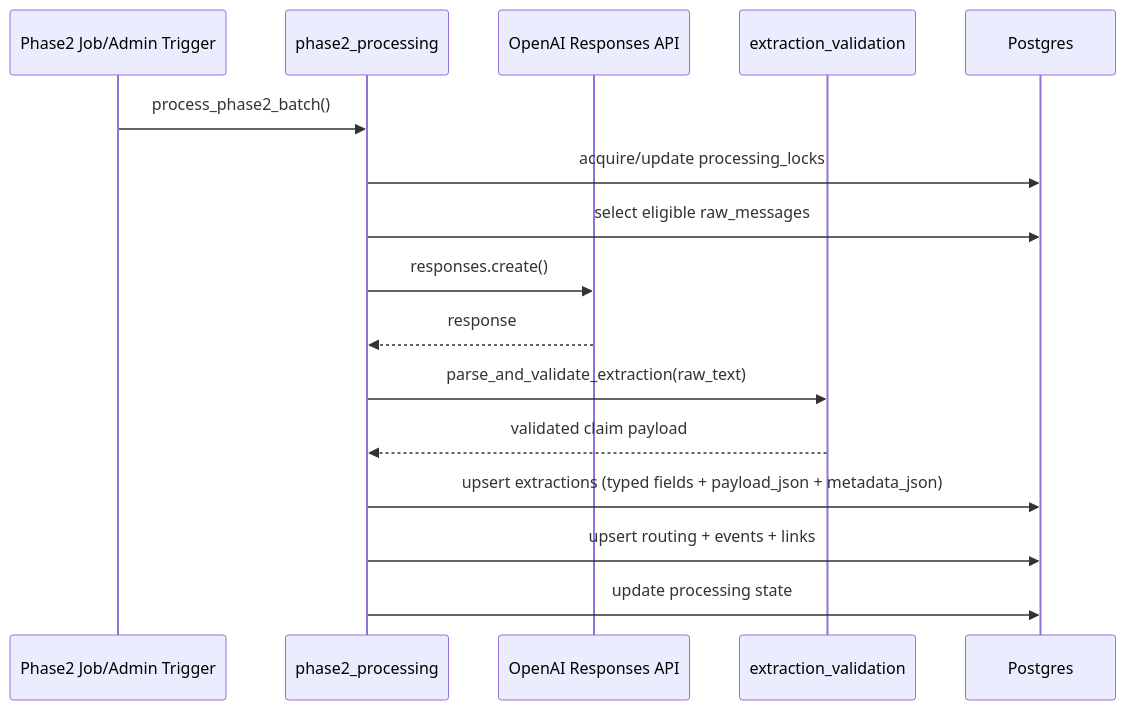
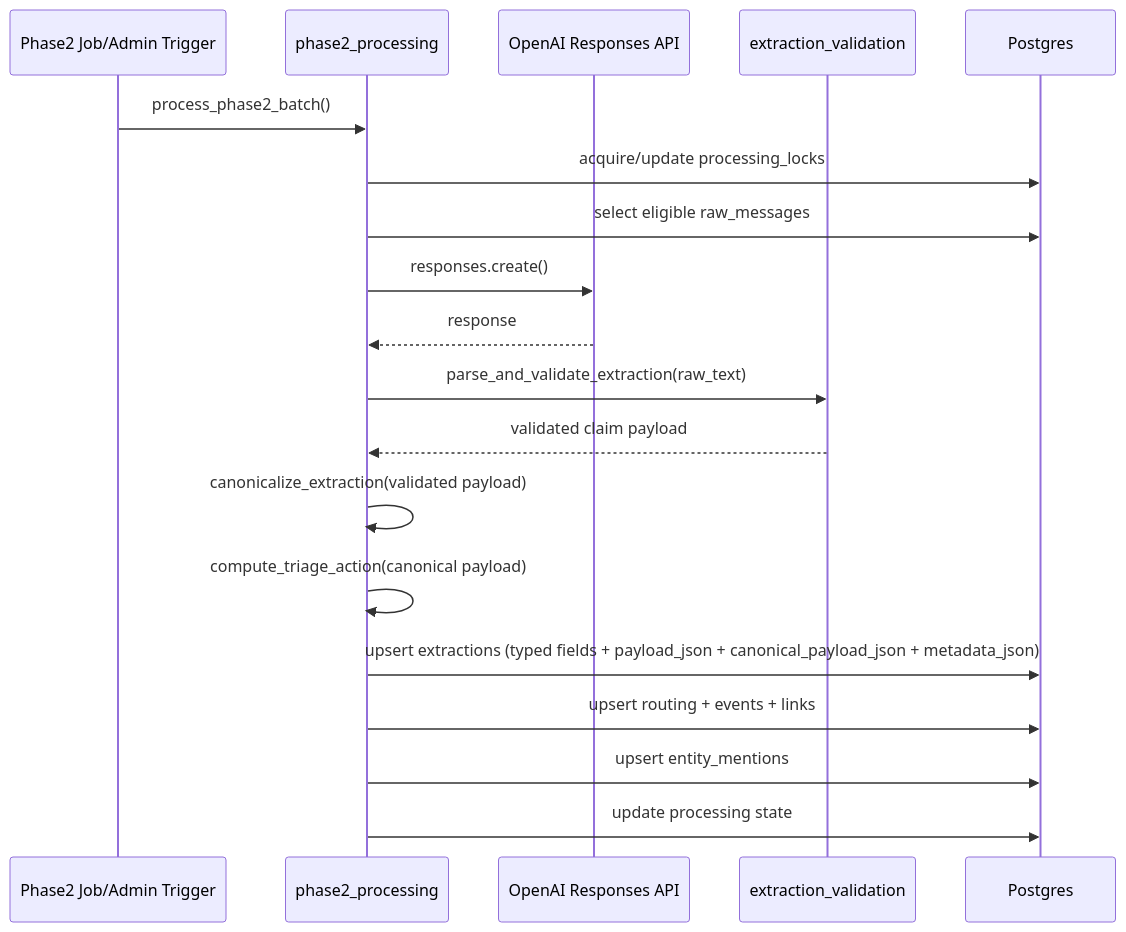
The diagram in docs/02-flows/phase2_extraction_flow.md (ciaranglansford/civic-quant), drawn with Mermaid before and after one commit. The commit also changed other lines of this file and 33 other files, not shown here.

Commit message:
Implement Phase2 normalization/canonicalization/triage/entity indexing; add prompt v2, tests, and docs sync

````diff
--- a/docs/02-flows/phase2_extraction_flow.md
+++ b/docs/02-flows/phase2_extraction_flow.md
@@ -81,19 +86,22 @@
 ```mermaid
 sequenceDiagram
   participant J as Phase2 Job/Admin Trigger
   participant P as phase2_processing
   participant O as OpenAI Responses API
   participant V as extraction_validation
   participant DB as Postgres
 
   J->>P: process_phase2_batch()
   P->>DB: acquire/update processing_locks
   P->>DB: select eligible raw_messages
   P->>O: responses.create()
   O-->>P: response
   P->>V: parse_and_validate_extraction(raw_text)
   V-->>P: validated claim payload
-  P->>DB: upsert extractions (typed fields + payload_json + metadata_json)
+  P->>P: canonicalize_extraction(validated payload)
+  P->>P: compute_triage_action(canonical payload)
+  P->>DB: upsert extractions (typed fields + payload_json + canonical_payload_json + metadata_json)
   P->>DB: upsert routing + events + links
+  P->>DB: upsert entity_mentions
   P->>DB: update processing state
 ```
````
